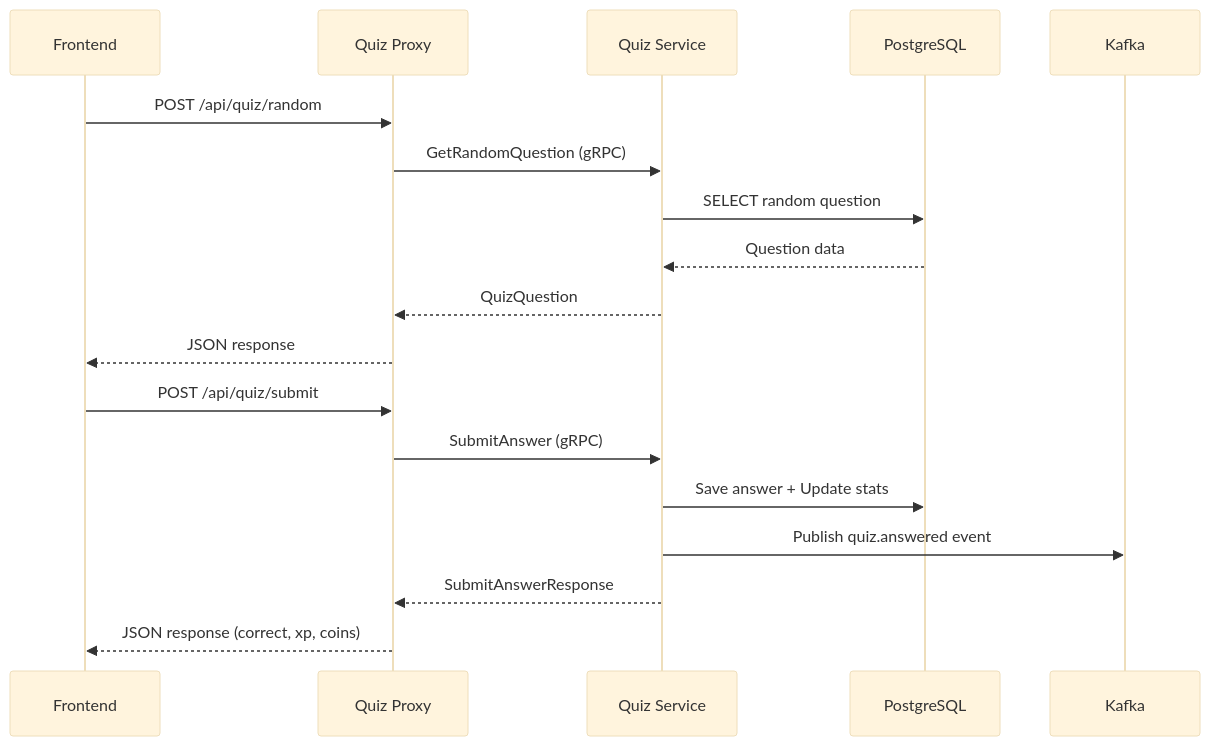
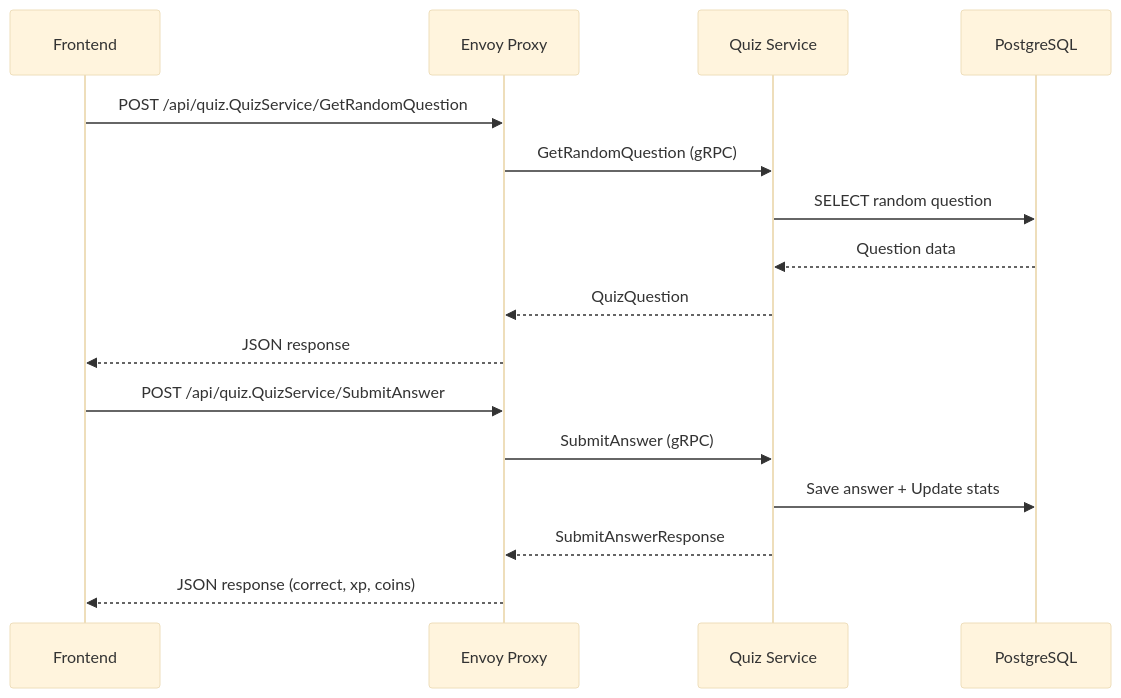
The fifth of 9 diagrams in ARCHITECTURE.md (vanillaturtlechips/pawfiler4), drawn with Mermaid (base theme) before and after one commit. The commit also changed other lines of this file and 3 other files, not shown here.

````diff
--- a/ARCHITECTURE.md
+++ b/ARCHITECTURE.md
@@ -169,22 +150,20 @@
 ```mermaid
 sequenceDiagram
     participant F as Frontend
-    participant QP as Quiz Proxy
+    participant E as Envoy Proxy
     participant QS as Quiz Service
     participant DB as PostgreSQL
-    participant K as Kafka
 
-    F->>QP: POST /api/quiz/random
-    QP->>QS: GetRandomQuestion (gRPC)
+    F->>E: POST /api/quiz.QuizService/GetRandomQuestion
+    E->>QS: GetRandomQuestion (gRPC)
     QS->>DB: SELECT random question
     DB-->>QS: Question data
-    QS-->>QP: QuizQuestion
-    QP-->>F: JSON response
+    QS-->>E: QuizQuestion
+    E-->>F: JSON response
     
-    F->>QP: POST /api/quiz/submit
-    QP->>QS: SubmitAnswer (gRPC)
+    F->>E: POST /api/quiz.QuizService/SubmitAnswer
+    E->>QS: SubmitAnswer (gRPC)
     QS->>DB: Save answer + Update stats
-    QS->>K: Publish quiz.answered event
-    QS-->>QP: SubmitAnswerResponse
-    QP-->>F: JSON response (correct, xp, coins)
+    QS-->>E: SubmitAnswerResponse
+    E-->>F: JSON response (correct, xp, coins)
 ```
````
